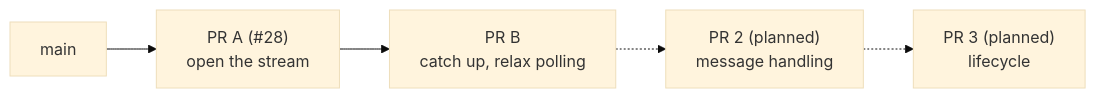
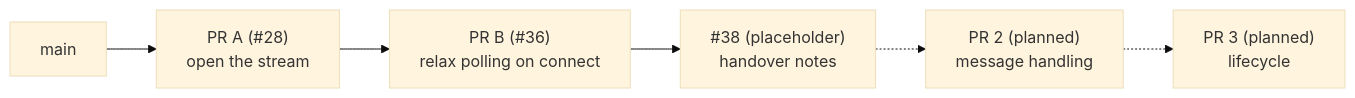
One commit to Dynatrace/openfeature-provider-go changed the diagram in docs/sse-handover.md. Above: the diagram before and after it, drawn with Mermaid (base theme). The commit also changed other lines of this file and 2 other files, not shown here.

Commit message:
docs: sync the SSE diagrams with the PR descriptions

````diff
--- a/docs/sse-handover.md
+++ b/docs/sse-handover.md
@@ -20,7 +21,8 @@
 ```mermaid
 flowchart LR
   main["main"] --> A["PR A (#28)<br/>open the stream"]
-  A --> B["PR B<br/>catch up, relax polling"]
-  B -.-> P2["PR 2 (planned)<br/>message handling"]
+  A --> B["PR B (#36)<br/>relax polling on connect"]
+  B --> H["#38 (placeholder)<br/>handover notes"]
+  H -.-> P2["PR 2 (planned)<br/>message handling"]
   P2 -.-> P3["PR 3 (planned)<br/>lifecycle"]
 ```
````
